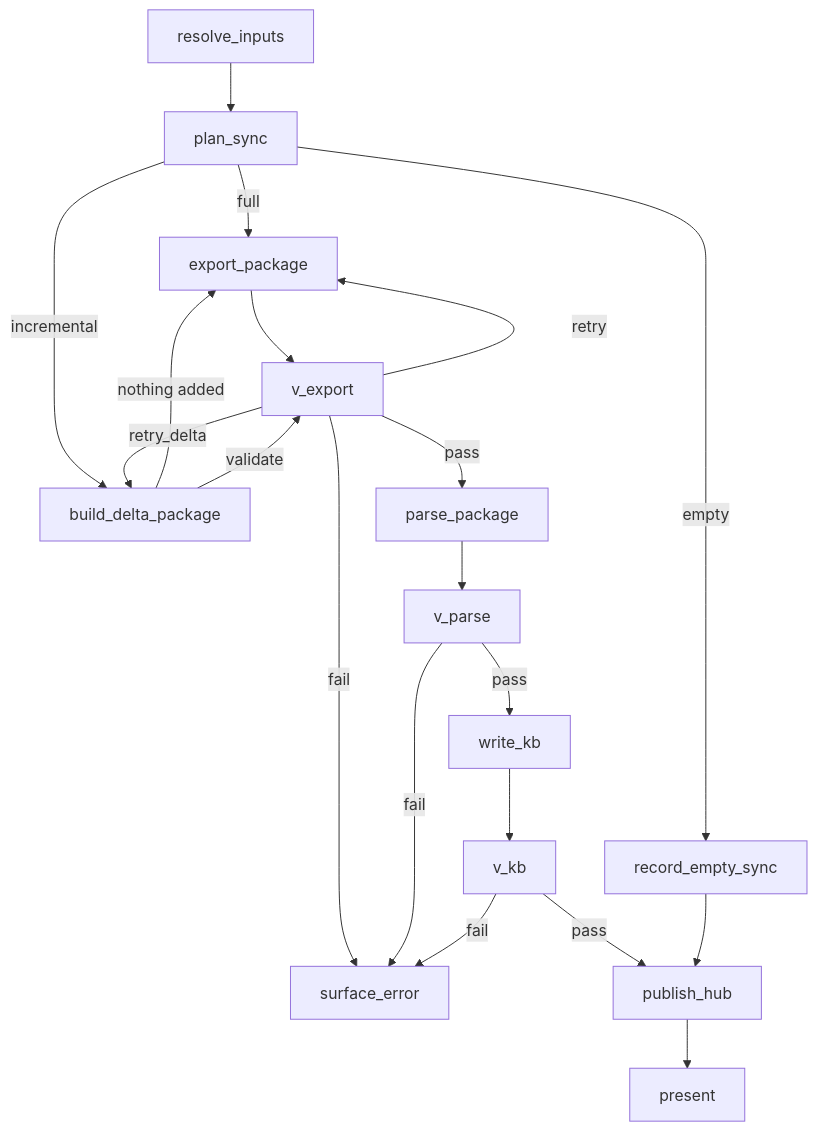
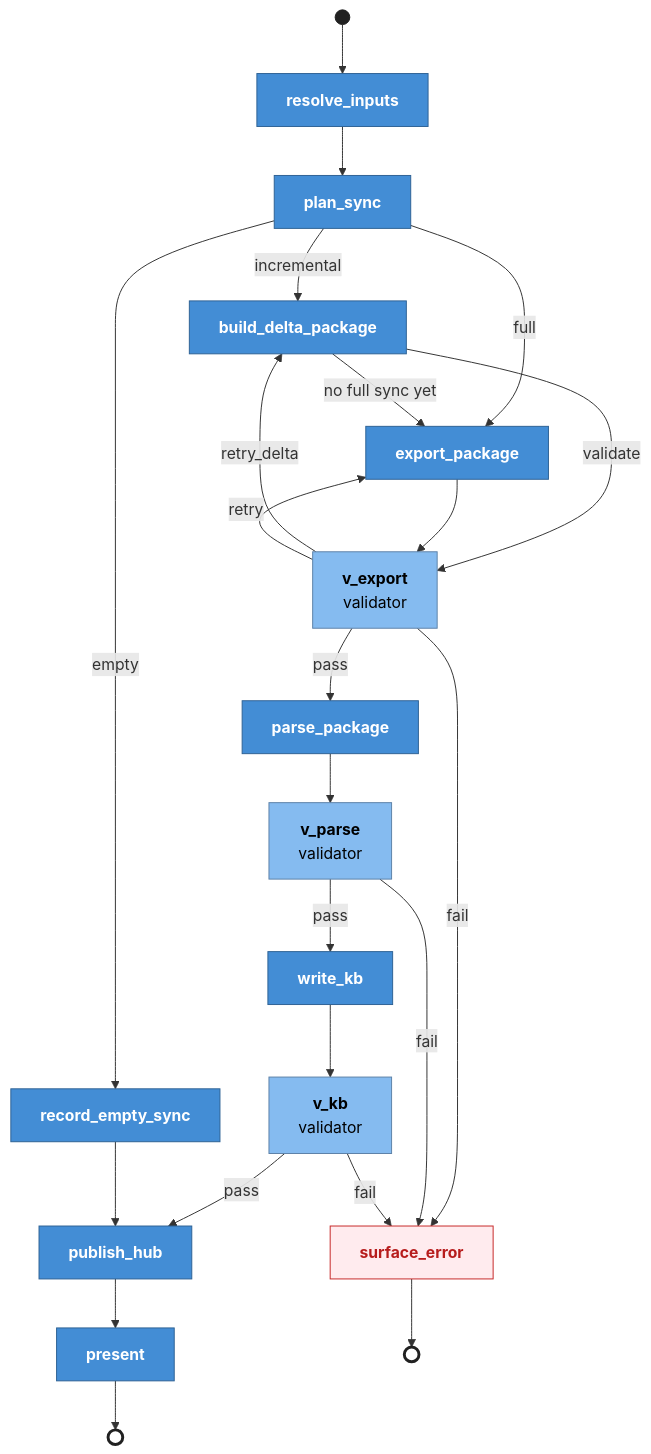
One commit to ram-020998/project-tracker changed the third of 4 diagrams in genesis/architecture/modules/knowledge-base.md. Above: the diagram before and after it, drawn with Mermaid. The commit also changed other lines of this file and 24 other files, not shown here.

First line of the commit message:
architecture: rewrite all 86 Mermaid diagrams to one C4 style, each render-checked

````diff
--- a/genesis/architecture/modules/knowledge-base.md
+++ b/genesis/architecture/modules/knowledge-base.md
@@ -176,22 +186,44 @@
 ```mermaid
-flowchart TD
-    A["resolve_inputs"] --> B["plan_sync"]
-    B -->|"full"| X["export_package"]
-    B -->|"incremental"| D["build_delta_package"]
-    B -->|"empty"| E["record_empty_sync"]
-    D -->|"nothing added"| X
-    D -->|"validate"| V["v_export"]
+flowchart TB
+    S(( )):::startpt
+    A["<b>resolve_inputs</b>"]:::comp
+    B["<b>plan_sync</b>"]:::comp
+    D["<b>build_delta_package</b>"]:::comp
+    X["<b>export_package</b>"]:::comp
+    E["<b>record_empty_sync</b>"]:::comp
+    V["<b>v_export</b><br/>validator"]:::proc
+    P["<b>parse_package</b>"]:::comp
+    VP["<b>v_parse</b><br/>validator"]:::proc
+    W["<b>write_kb</b>"]:::comp
+    VK["<b>v_kb</b><br/>validator"]:::proc
+    H["<b>publish_hub</b>"]:::comp
+    PR["<b>present</b>"]:::comp
+    ERR["<b>surface_error</b>"]:::bad
+    F(( )):::endpt
+    F2(( )):::endpt
+
+    S --> A --> B
+    B -- "incremental" --> D
+    B -- "full" --> X
+    B -- "empty" --> E
+    D -- "no full sync yet" --> X
+    D -- "validate" --> V
     X --> V
-    V -->|"pass"| P["parse_package"]
-    V -->|"retry"| X
-    V -->|"retry_delta"| D
-    V -->|"fail"| ERR["surface_error"]
-    P --> VP["v_parse"]
-    VP -->|"pass"| W["write_kb"]
-    VP -->|"fail"| ERR
-    W --> VK["v_kb"]
-    VK -->|"pass"| H["publish_hub"]
-    VK -->|"fail"| ERR
+    V -- "retry_delta" --> D
+    V -- "retry" --> X
+    V -- "pass" --> P --> VP
+    VP -- "pass" --> W --> VK
+    VK -- "pass" --> H
     E --> H
-    H --> PR["present"]
+    H --> PR --> F
+    V -- "fail" --> ERR
+    VP -- "fail" --> ERR
+    VK -- "fail" --> ERR
+    ERR --> F2
+
+    classDef comp fill:#438dd5,stroke:#2e6295,color:#ffffff
+    classDef proc fill:#85bbf0,stroke:#5d82a8,color:#000000
+    classDef bad fill:#ffebee,stroke:#c62828,color:#b71c1c
+    classDef startpt fill:#212121,stroke:#212121
+    classDef endpt fill:#ffffff,stroke:#212121,stroke-width:3px
 ```
````
